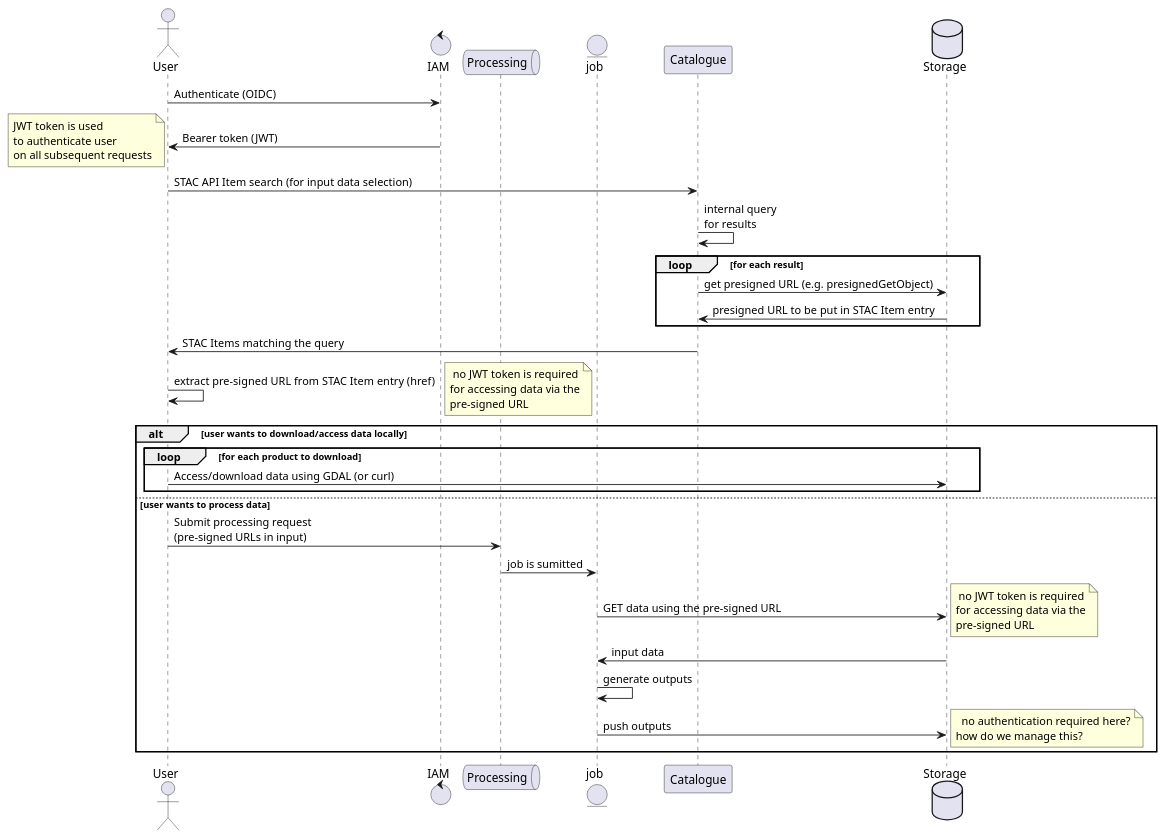
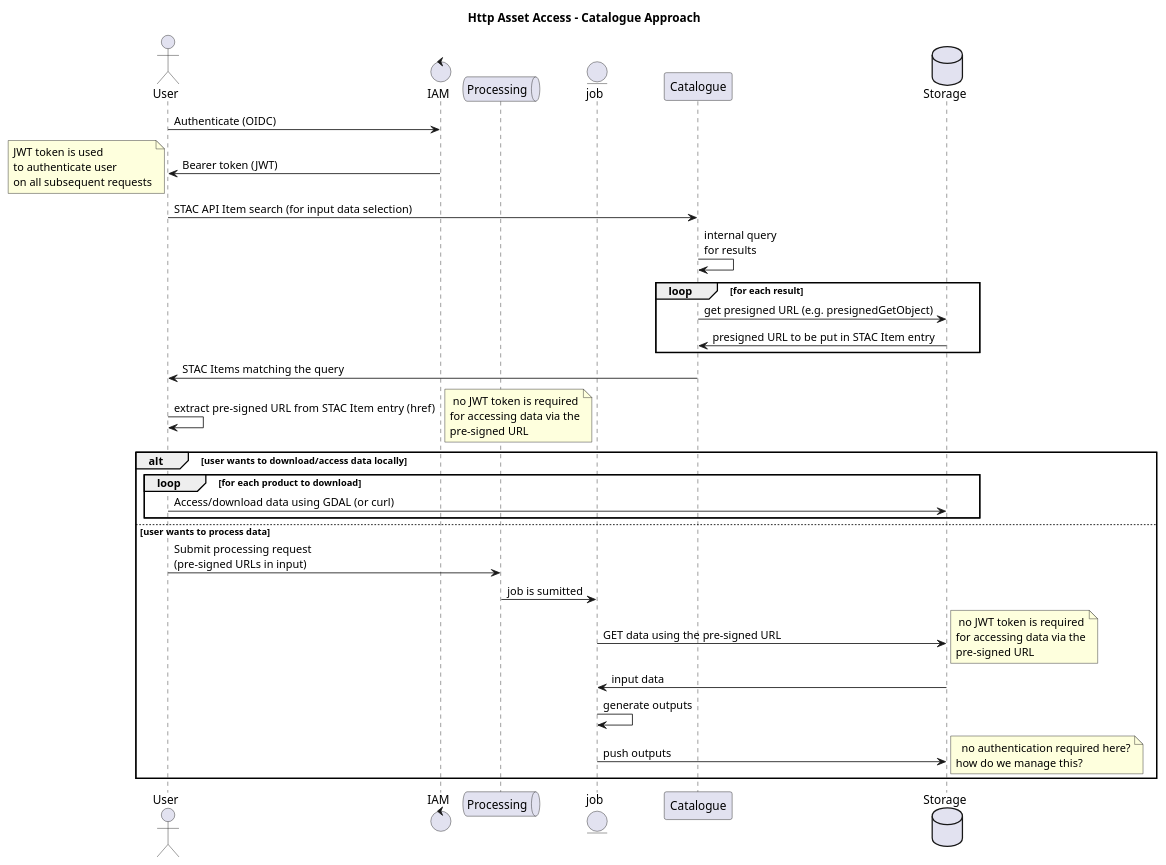
The diagram in docs/reference-architecture/puml/http-asset-access/catalogue-approach.puml (EOEPCA/system-architecture), drawn with PlantUML before and after one commit.

Commit message:
Add title to diagram

```diff
--- a/docs/reference-architecture/puml/http-asset-access/catalogue-approach.puml
+++ b/docs/reference-architecture/puml/http-asset-access/catalogue-approach.puml
@@ -1,55 +1,57 @@
 @startuml Http Asset Access - Catalogue Approach
+
+title Http Asset Access - Catalogue Approach
 
 actor User as user
 control IAM as IAM
 queue "Processing" as ADES
 entity job as job
 participant Catalogue as cat
 database Storage as storage
 
 user -> IAM : Authenticate (OIDC)
 IAM -> user: Bearer token (JWT)
 note left
 JWT token is used
 to authenticate user
 on all subsequent requests
 end note
 
 user -> cat: STAC API Item search (for input data selection)
 cat -> cat: internal query\nfor results
 loop for each result
  cat -> storage: get presigned URL (e.g. presignedGetObject)
  storage -> cat: presigned URL to be put in STAC Item entry 
 end loop
 cat -> user: STAC Items matching the query
 user -> user: extract pre-signed URL from STAC Item entry (href)
 	note right
 	  no JWT token is required
 		for accessing data via the
 		pre-signed URL
 	end note
 	
 alt user wants to download/access data locally
 	loop for each product to download
 		user -> storage: Access/download data using GDAL (or curl)
 	end loop
 
 else user wants to process data
   user -> ADES: Submit processing request\n(pre-signed URLs in input)
   ADES -> job: job is sumitted
 	job -> storage: GET data using the pre-signed URL
 		note right
 	    no JWT token is required
 		  for accessing data via the
 		  pre-signed URL
 	  end note
 	storage -> job: input data
 	job -> job: generate outputs
 	job -> storage: push outputs
 		note right
 	    no authentication required here?
 			how do we manage this?
 	  end note	
 end
 
 @enduml
```
